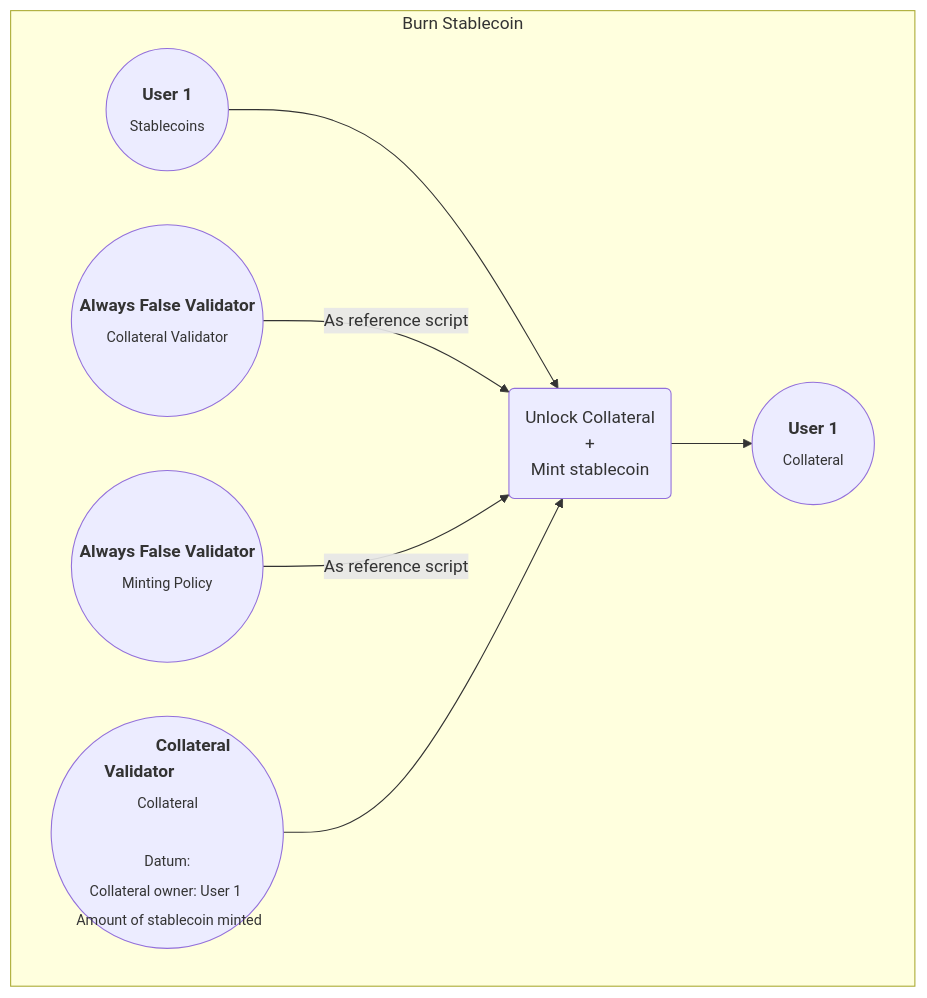
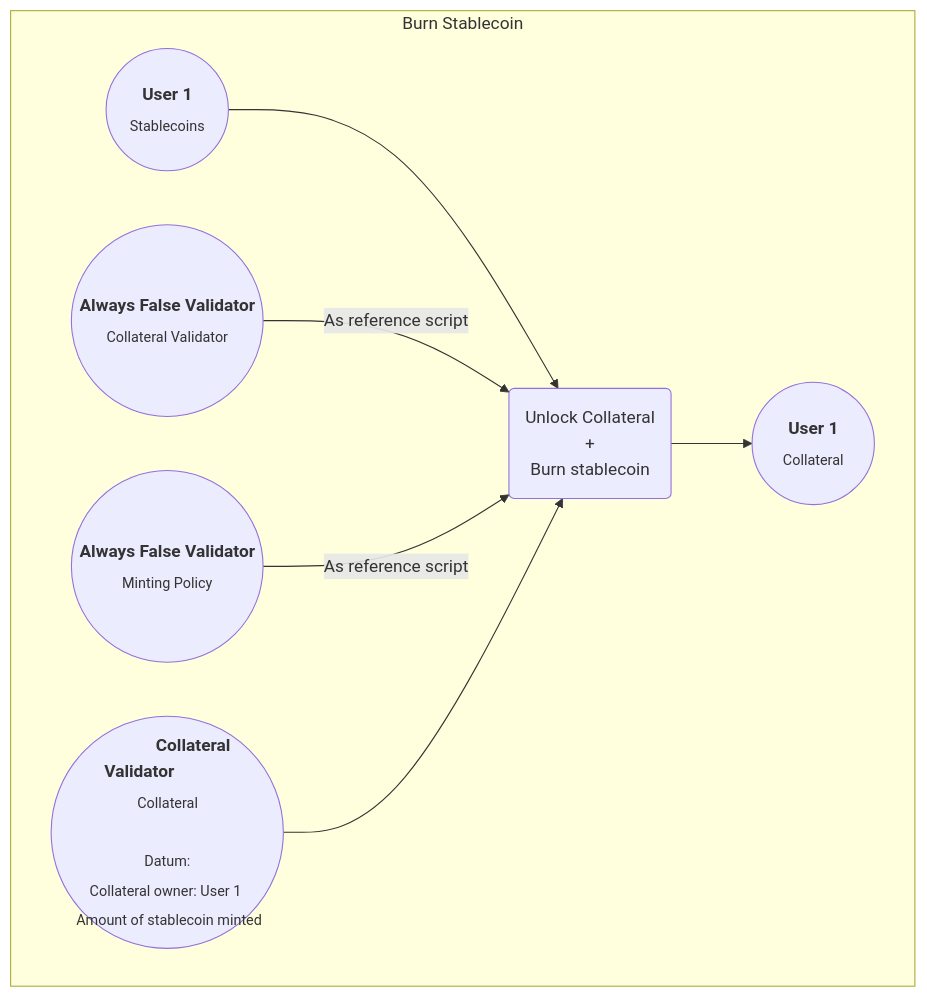
The fifth of 7 diagrams in code/Week09/README.md (input-output-hk/plutus-pioneer-program), drawn with Mermaid before and after one commit. The commit also changed other lines of this file, not shown here.

````diff
--- a/code/Week09/README.md
+++ b/code/Week09/README.md
@@ -100,16 +100,16 @@
 ```mermaid
 flowchart LR
     subgraph Burn [Burn Stablecoin]
     direction LR
     A8((<b>Always False Validator</b> <br> <sub>Collateral Validator</sub>))
     A9((<b>Always False Validator</b> <br> <sub>Minting Policy</sub>))
     M5(("&#8199 &#8199 &#8199 &#8199 <b>Collateral Validator</b>&#8199 &#8199 &#8199 &#8199 <br> <sub>Collateral <br> <br> Datum: <br> Collateral owner: User 1  <br> Amount of stablecoin minted"))
     M6((&#8199 &#8199 <b>User 1</b> &#8199 &#8199 <br> <sub>Stablecoins</sub>))
 
-    M6 --> B4(Unlock Collateral <br> + <br> Mint stablecoin)
+    M6 --> B4(Unlock Collateral <br> + <br> Burn stablecoin)
     A8 --> |As reference script| B4
     A9 --> |As reference script| B4
     M5 --> B4
     B4 --> B6((&#8199 &#8199 <b>User 1</b> &#8199 &#8199<br> <sub>Collateral</sub> ))
     end
 ```
````
